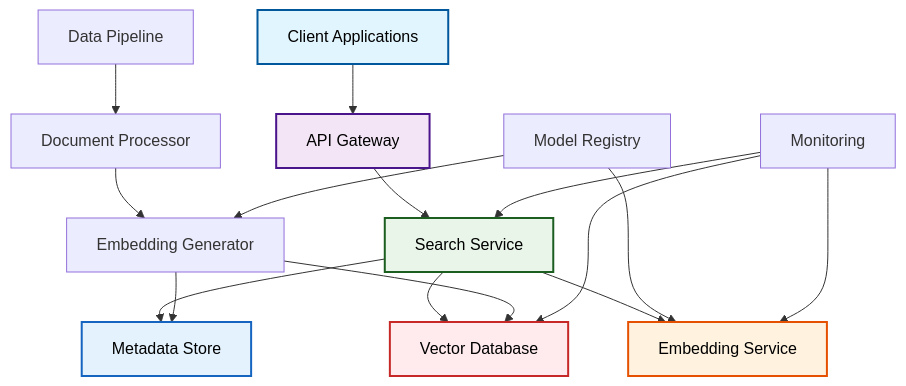
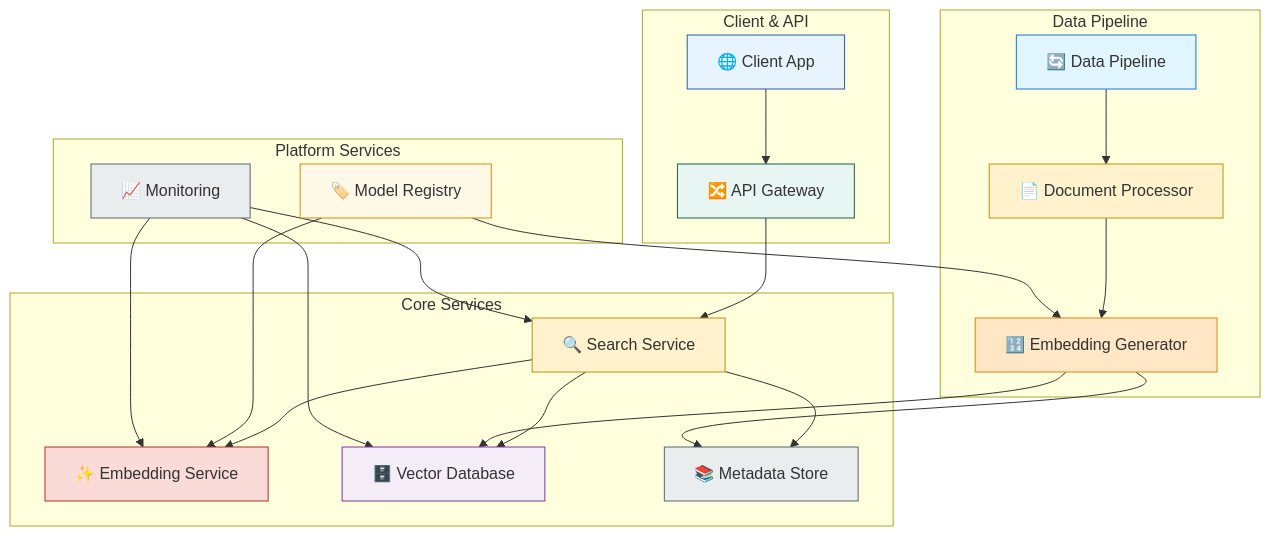
The diagram in 32_embeddings/05_practical_implementation.md (raphaelmansuy/tutorials), drawn with Mermaid before and after one commit. The commit also changed 6 other files, not shown here.

````diff
--- a/32_embeddings/05_practical_implementation.md
+++ b/32_embeddings/05_practical_implementation.md
@@ -13,27 +13,48 @@
 ```mermaid
-graph TD
-    A[Client Applications] --> B[API Gateway]
-    B --> C[Search Service]
-    C --> D[Embedding Service]
-    C --> E[Vector Database]
-    C --> F[Metadata Store]
-    
-    G[Data Pipeline] --> H[Document Processor]
-    H --> I[Embedding Generator]
-    I --> E
-    I --> F
-    
-    J[Model Registry] --> D
-    J --> I
-    
-    K[Monitoring] --> C
-    K --> D
-    K --> E
-    
-    style A fill:#e1f5fe,stroke:#01579b,stroke-width:2px,color:#000
-    style B fill:#f3e5f5,stroke:#4a148c,stroke-width:2px,color:#000
-    style C fill:#e8f5e8,stroke:#1b5e20,stroke-width:2px,color:#000
-    style D fill:#fff3e0,stroke:#e65100,stroke-width:2px,color:#000
-    style E fill:#ffebee,stroke:#c62828,stroke-width:2px,color:#000
-    style F fill:#e3f2fd,stroke:#1565c0,stroke-width:2px,color:#000
-```
+flowchart TD
+    subgraph "Client & API"
+        Client[🌐 Client App]
+        Gateway[🔀 API Gateway]
+        Client --> Gateway
+    end
+    subgraph "Core Services"
+        SearchSvc[🔍 Search Service]
+        EmbedSvc[✨ Embedding Service]
+        VectorDB[🗄️ Vector Database]
+        MetaStore[📚 Metadata Store]
+        Gateway --> SearchSvc
+        SearchSvc --> EmbedSvc
+        SearchSvc --> VectorDB
+        SearchSvc --> MetaStore
+    end
+    subgraph "Data Pipeline"
+        DataPipe[🔄 Data Pipeline]
+        DocProc[📄 Document Processor]
+        EmbedGen[🔢 Embedding Generator]
+        DataPipe --> DocProc
+        DocProc --> EmbedGen
+        EmbedGen --> VectorDB
+        EmbedGen --> MetaStore
+    end
+    subgraph "Platform Services"
+        ModelReg[🏷️ Model Registry]
+        Monitoring[📈 Monitoring]
+        ModelReg --> EmbedSvc
+        ModelReg --> EmbedGen
+        Monitoring --> SearchSvc
+        Monitoring --> EmbedSvc
+        Monitoring --> VectorDB
+    end
+    %% Styles (see copilot-instructions.md)
+    style Client fill:#E8F4FD,stroke:#2C5AA0
+    style Gateway fill:#E8F6F3,stroke:#1B5E4F
+    style SearchSvc fill:#FFF2CC,stroke:#B7950B
+    style EmbedSvc fill:#FADBD8,stroke:#A93226
+    style VectorDB fill:#F4ECF7,stroke:#7D3C98
+    style MetaStore fill:#EAEDED,stroke:#566573
+    style DataPipe fill:#E1F5FE,stroke:#1976D2
+    style DocProc fill:#FFF2CC,stroke:#B7950B
+    style EmbedGen fill:#FFE7C6,stroke:#D68910
+    style ModelReg fill:#FEF9E7,stroke:#D68910
+    style Monitoring fill:#EAEDED,stroke:#566573
+```  
````
